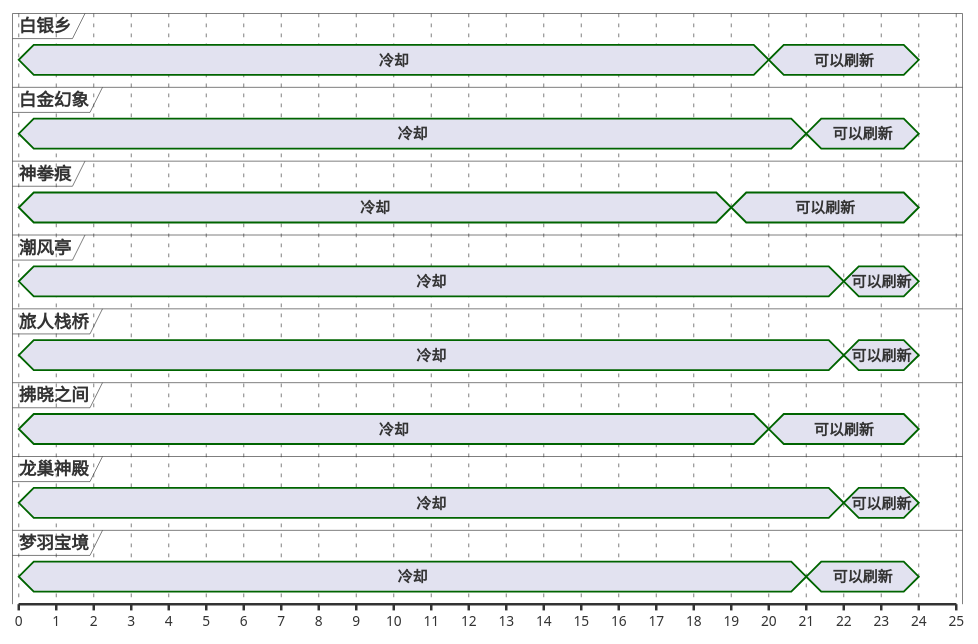
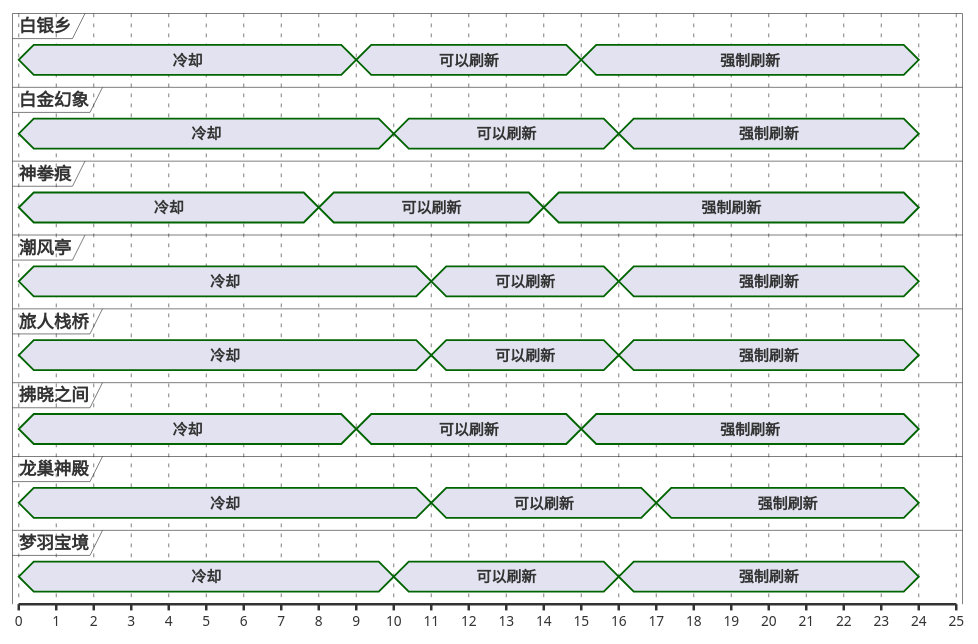
The second of 13 diagrams in ffxiv/hunt/2.0/Chernobog.md (Eroleice/doc-pi), drawn with PlantUML before and after one commit. The commit also changed other lines of this file and 38 other files, not shown here.

````diff
--- a/ffxiv/hunt/2.0/Chernobog.md
+++ b/ffxiv/hunt/2.0/Chernobog.md
@@ -91,55 +99,63 @@
 ```plantuml
 @startuml
 scale 1 as 30 pixels
 
 concise 白银乡
 concise 白金幻象
 concise 神拳痕
 concise 潮风亭
 concise 旅人栈桥
 concise 拂晓之间
 concise 龙巢神殿
 concise 梦羽宝境
 
 @神拳痕
 0 is 冷却
-19 is 可以刷新
+8 is 可以刷新
+14 is 强制刷新
 24 is {hidden}
 
 @拂晓之间
 0 is 冷却
-20 is 可以刷新
+9 is 可以刷新
+15 is 强制刷新
 24 is {hidden}
 
 @白银乡
 0 is 冷却
-20 is 可以刷新
+9 is 可以刷新
+15 is 强制刷新
 24 is {hidden}
 
 @白金幻象
 0 is 冷却
-21 is 可以刷新
+10 is 可以刷新
+16 is 强制刷新
 24 is {hidden}
 
 @梦羽宝境
 0 is 冷却
-21 is 可以刷新
+10 is 可以刷新
+16 is 强制刷新
 24 is {hidden}
 
 @潮风亭
 0 is 冷却
-22 is 可以刷新
+11 is 可以刷新
+16 is 强制刷新
 24 is {hidden}
 
 @旅人栈桥
 0 is 冷却
-22 is 可以刷新
+11 is 可以刷新
+16 is 强制刷新
 24 is {hidden}
 
 @龙巢神殿
 0 is 冷却
-22 is 可以刷新
+11 is 可以刷新
+17 is 强制刷新
 24 is {hidden}
 
 @enduml
 ```
````
